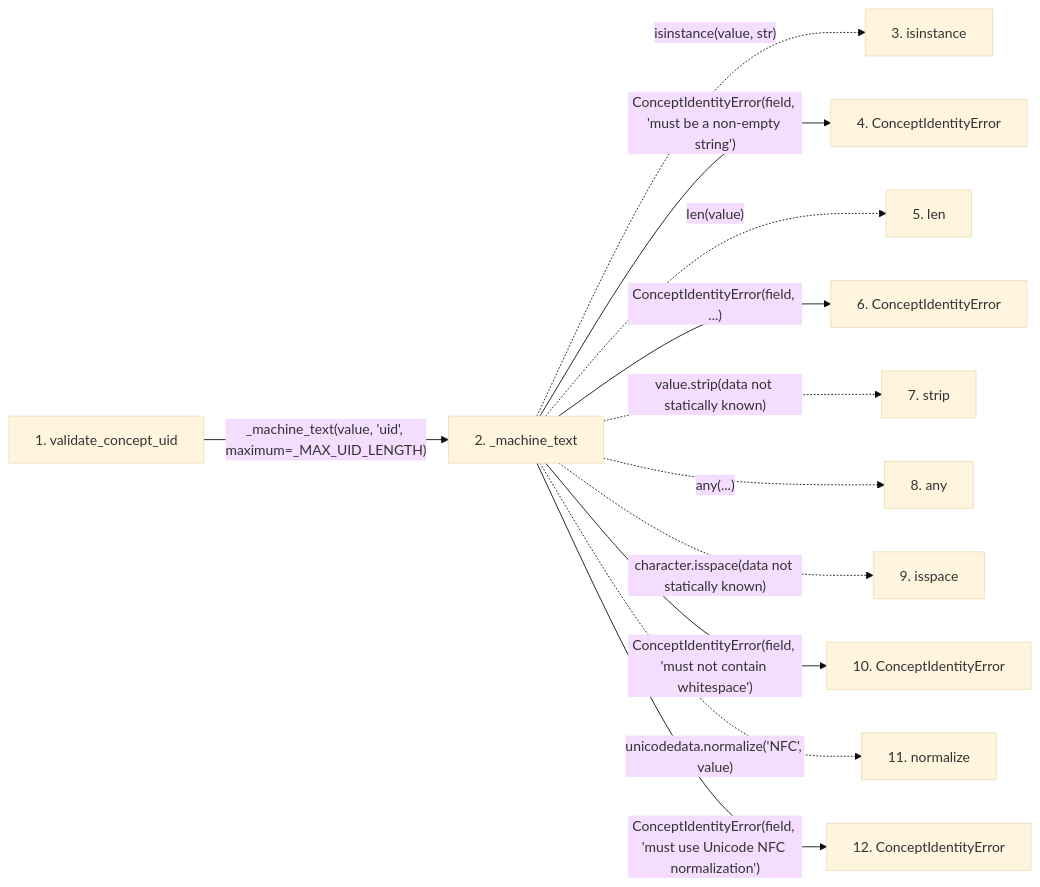
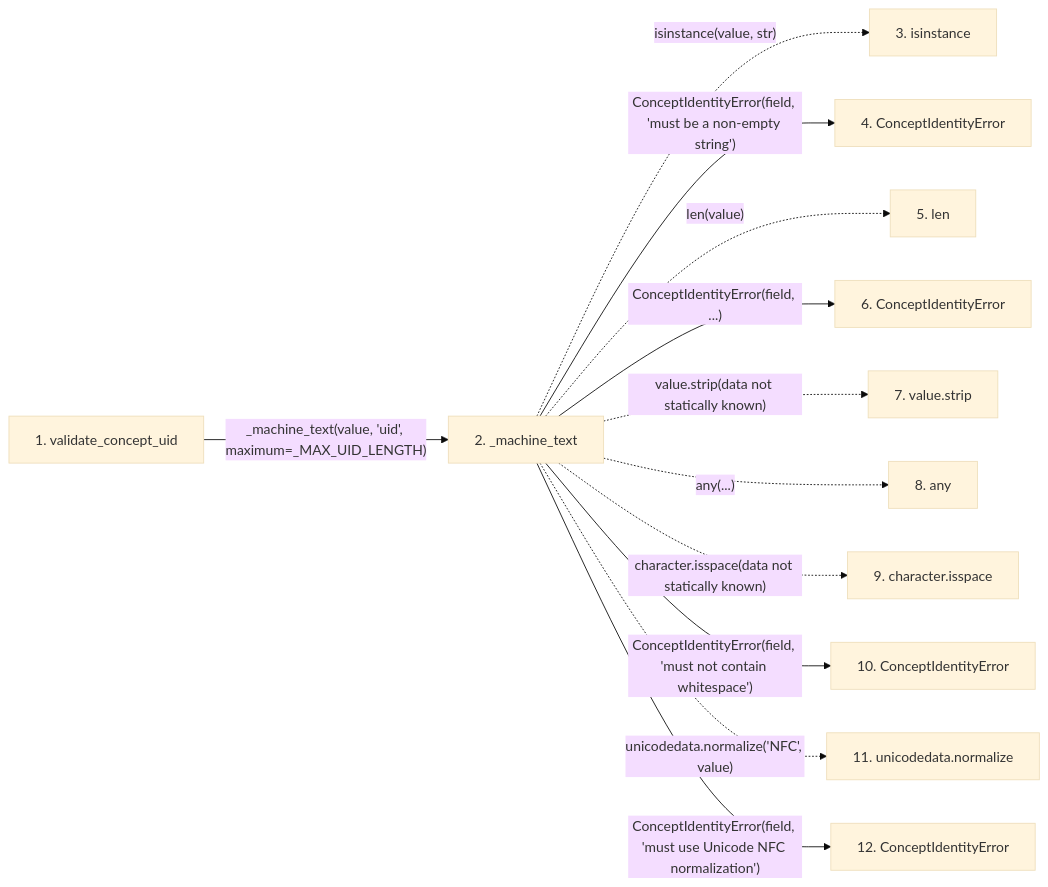
The second of 2 diagrams in docs/llm_wiki/flows/api-validate_concept_uid.md (Denissvgn/python-wiki-llm), drawn with Mermaid (base theme) before and after one commit. The commit also changed other lines of this file and 719 other files, not shown here.

````diff
--- a/docs/llm_wiki/flows/api-validate_concept_uid.md
+++ b/docs/llm_wiki/flows/api-validate_concept_uid.md
@@ -46,32 +46,32 @@
 ```mermaid
 flowchart LR
     s1["1. validate_concept_uid"]
     s2["2. _machine_text"]
     s3["3. isinstance"]
     s4["4. ConceptIdentityError"]
     s5["5. len"]
     s6["6. ConceptIdentityError"]
-    s7["7. strip"]
+    s7["7. value.strip"]
     s8["8. any"]
-    s9["9. isspace"]
+    s9["9. character.isspace"]
     s10["10. ConceptIdentityError"]
-    s11["11. normalize"]
+    s11["11. unicodedata.normalize"]
     s12["12. ConceptIdentityError"]
     s1 -->|"_machine_text(value, 'uid', maximum=_MAX_UID_LENGTH)"| s2
     s2 -. "isinstance(value, str)" .-> s3
     s2 -->|"ConceptIdentityError(field, 'must be a non-empty string')"| s4
     s2 -. "len(value)" .-> s5
     s2 -->|"ConceptIdentityError(field, ...)"| s6
     s2 -. "value.strip(data not statically known)" .-> s7
     s2 -. "any(...)" .-> s8
     s2 -. "character.isspace(data not statically known)" .-> s9
     s2 -->|"ConceptIdentityError(field, 'must not contain whitespace')"| s10
     s2 -. "unicodedata.normalize('NFC', value)" .-> s11
     s2 -->|"ConceptIdentityError(field, 'must use Unicode NFC normalization')"| s12
     click s1 "../modules/concept_identity.md"
     click s2 "../modules/concept_identity.md"
     click s4 "../modules/concept_identity.md"
     click s6 "../modules/concept_identity.md"
     click s10 "../modules/concept_identity.md"
     click s12 "../modules/concept_identity.md"
 ```
````
